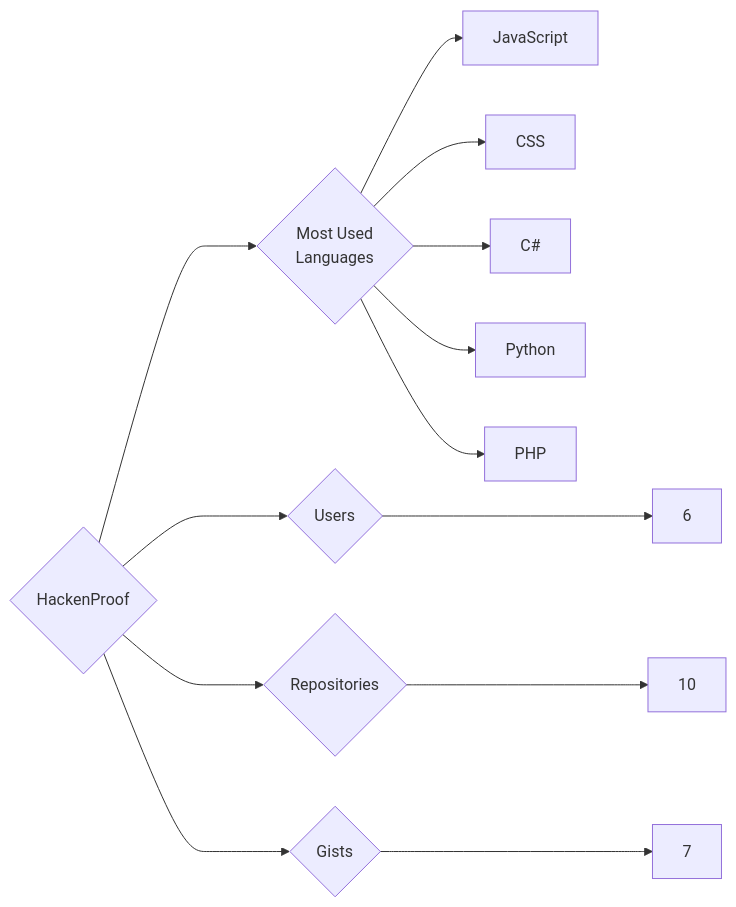
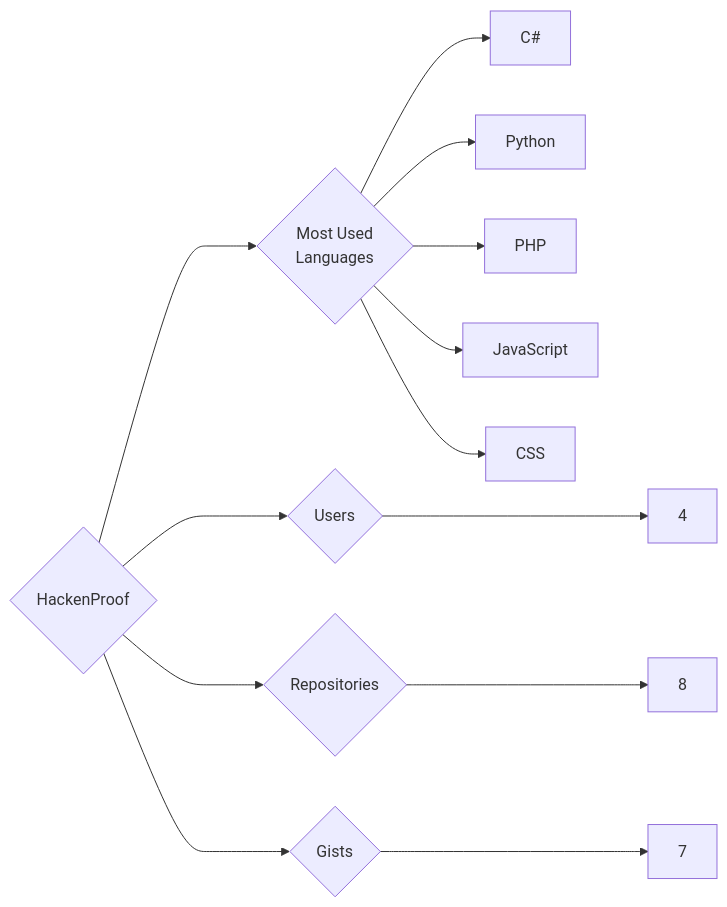
Before and after one commit to trickest/insiders: the diagram in targets/HackenProof/README.md, drawn with Mermaid. The commit also changed 611 other files, not shown here.

````diff
--- a/targets/HackenProof/README.md
+++ b/targets/HackenProof/README.md
@@ -3,13 +3,13 @@
 ```mermaid
 graph LR
 COMPANY_NAME{HackenProof}
-COMPANY_NAME ---> U{Users} ---> UN[6]
-COMPANY_NAME ---> R{Repositories} ---> RN[10]
+COMPANY_NAME ---> U{Users} ---> UN[4]
+COMPANY_NAME ---> R{Repositories} ---> RN[8]
 COMPANY_NAME ---> G{Gists} ---> GN[7]
 COMPANY_NAME ---> ML{Most Used<br>Languages}
-ML --> JavaScript[JavaScript]
-ML --> CSS[CSS]
 ML --> C#[C#]
 ML --> Python[Python]
 ML --> PHP[PHP]
+ML --> JavaScript[JavaScript]
+ML --> CSS[CSS]
 ```
````
